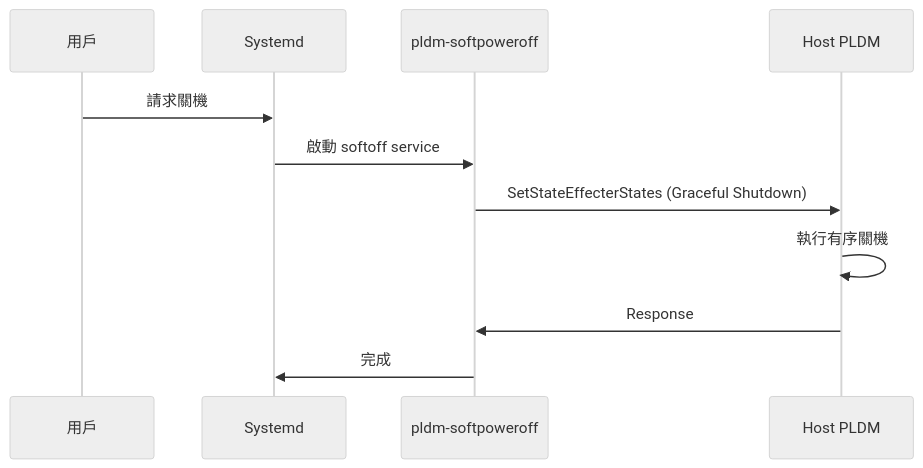
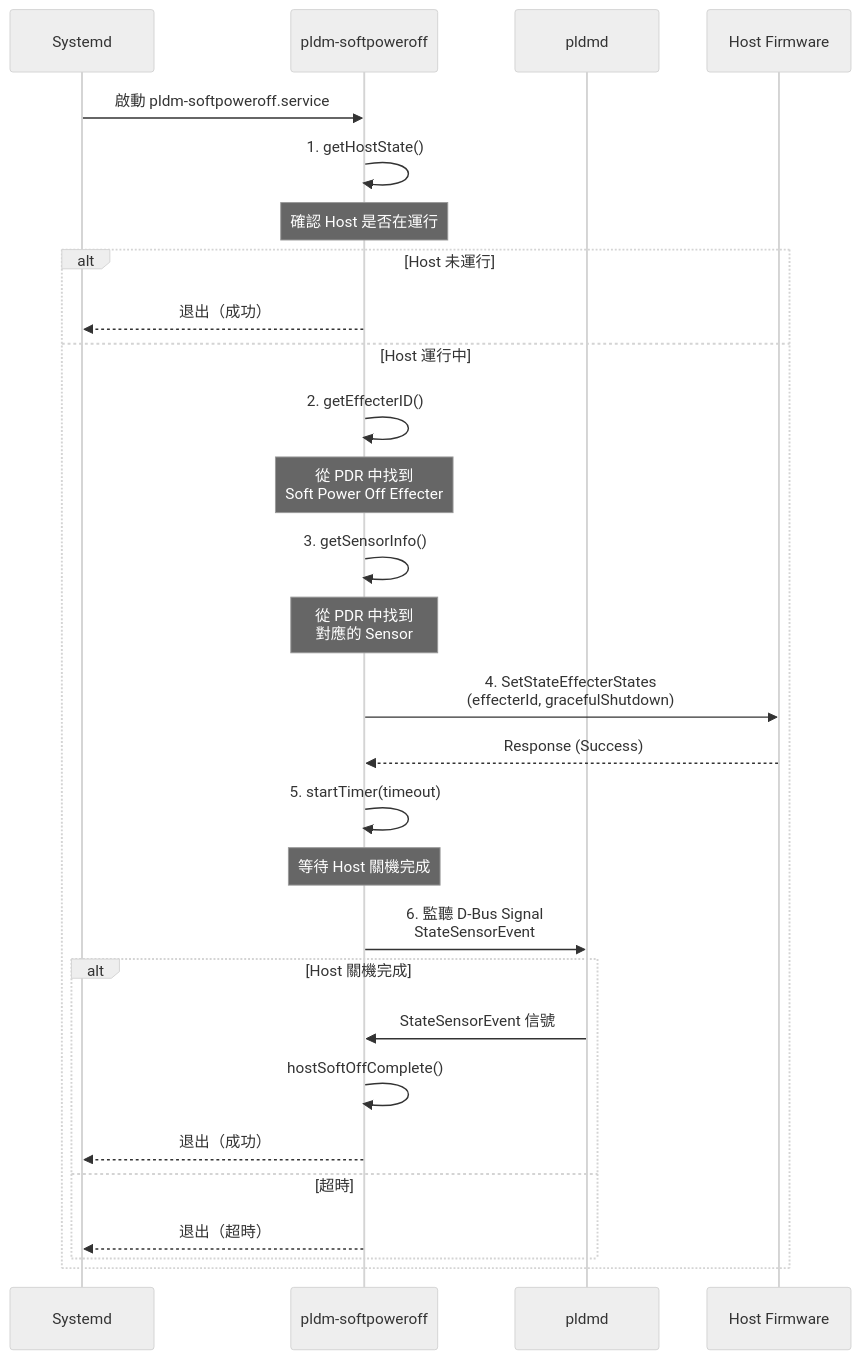
Before and after one commit to chilung-cgu/bmc-firmware-knowledge-base: the first of 2 diagrams in pldm/SoftOff.md, drawn with Mermaid (neutral theme). The commit also changed other lines of this file and 15 other files, not shown here.

````diff
--- a/pldm/SoftOff.md
+++ b/pldm/SoftOff.md
@@ -19,14 +21,38 @@
 ```mermaid
 sequenceDiagram
-    participant User as 用戶
-    participant Systemd as Systemd
-    participant Softoff as pldm-softpoweroff
-    participant Host as Host PLDM
-    
-    User->>Systemd: 請求關機
-    Systemd->>Softoff: 啟動 softoff service
-    Softoff->>Host: SetStateEffecterStates (Graceful Shutdown)
-    Host->>Host: 執行有序關機
-    Host->>Softoff: Response
-    Softoff->>Systemd: 完成
+    participant Systemd
+    participant SoftOff as pldm-softpoweroff
+    participant pldmd as pldmd
+    participant Host as Host Firmware
+
+    Systemd->>SoftOff: 啟動 pldm-softpoweroff.service
+
+    SoftOff->>SoftOff: 1. getHostState()
+    Note over SoftOff: 確認 Host 是否在運行
+
+    alt Host 未運行
+        SoftOff-->>Systemd: 退出（成功）
+    else Host 運行中
+        SoftOff->>SoftOff: 2. getEffecterID()
+        Note over SoftOff: 從 PDR 中找到<br/>Soft Power Off Effecter
+
+        SoftOff->>SoftOff: 3. getSensorInfo()
+        Note over SoftOff: 從 PDR 中找到<br/>對應的 Sensor
+
+        SoftOff->>Host: 4. SetStateEffecterStates<br/>(effecterId, gracefulShutdown)
+        Host-->>SoftOff: Response (Success)
+
+        SoftOff->>SoftOff: 5. startTimer(timeout)
+        Note over SoftOff: 等待 Host 關機完成
+
+        SoftOff->>pldmd: 6. 監聽 D-Bus Signal<br/>StateSensorEvent
+
+        alt Host 關機完成
+            pldmd->>SoftOff: StateSensorEvent 信號
+            SoftOff->>SoftOff: hostSoftOffComplete()
+            SoftOff-->>Systemd: 退出（成功）
+        else 超時
+            SoftOff-->>Systemd: 退出（超時）
+        end
+    end
 ```
````
